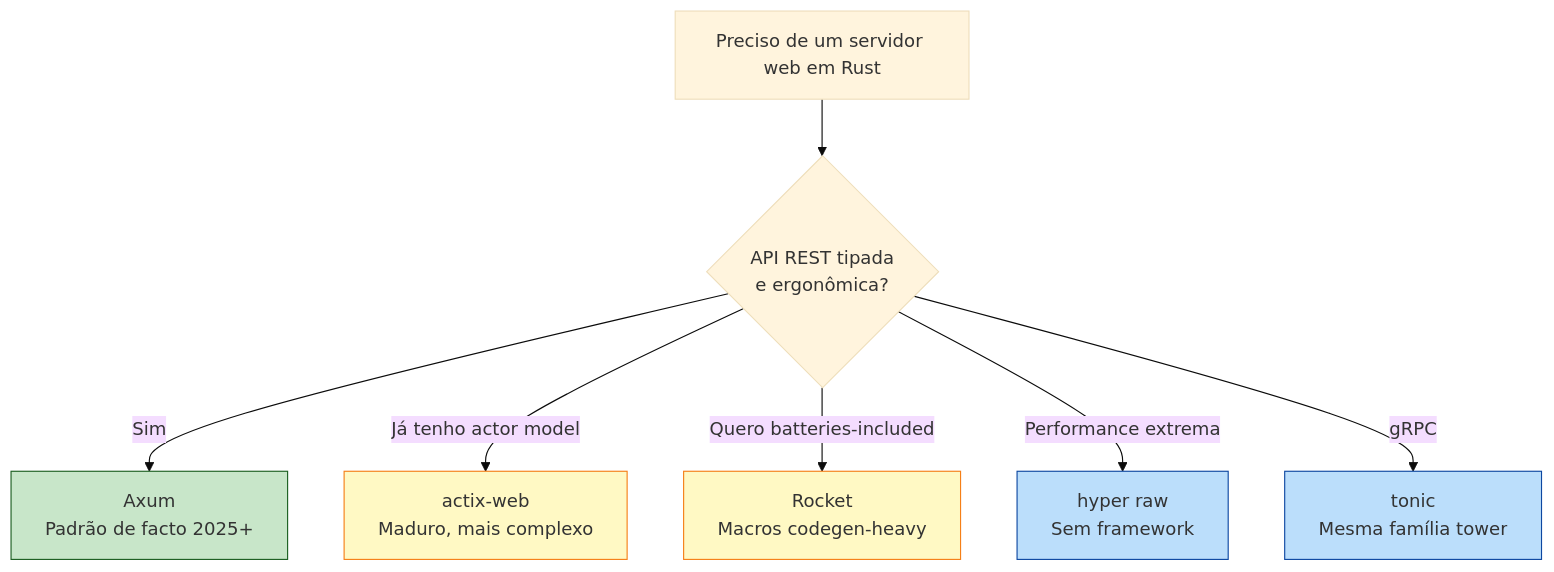
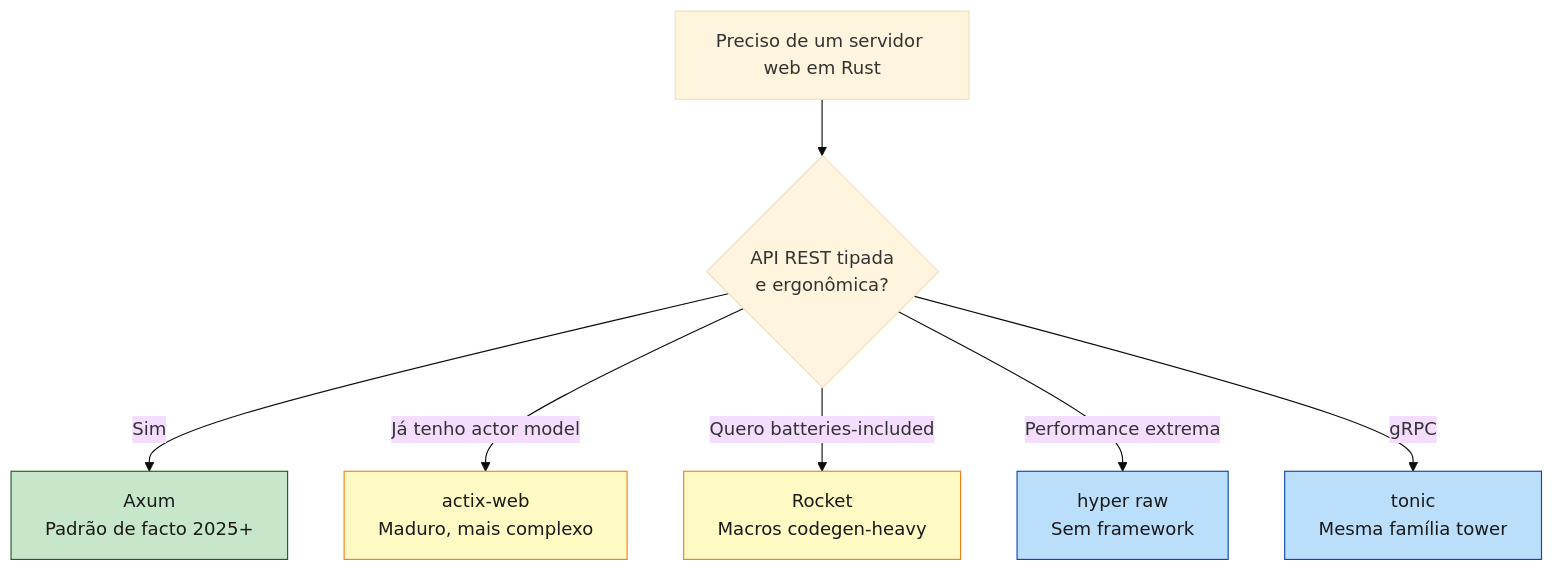
Before and after one commit to Felipeness/ferro-e-espirito: the second of 2 diagrams in book/part-18-applications/ch51-axum.md, drawn with Mermaid (base theme). The commit also changed other lines of this file and 56 other files, not shown here.

First line of the commit message:
fix: contraste de texto em diagramas mermaid

````diff
--- a/book/part-18-applications/ch51-axum.md
+++ b/book/part-18-applications/ch51-axum.md
@@ -834,15 +834,15 @@
 ```mermaid
 graph TB
     Need[Preciso de um servidor web em Rust] --> Q1{API REST tipada<br/>e ergonômica?}
     Q1 -->|Sim| Axum[Axum<br/>Padrão de facto 2025+]
     Q1 -->|Já tenho actor model| Actix[actix-web<br/>Maduro, mais complexo]
     Q1 -->|Quero batteries-included| Rocket[Rocket<br/>Macros codegen-heavy]
     Q1 -->|Performance extrema| Hyper[hyper raw<br/>Sem framework]
     Q1 -->|gRPC| Tonic[tonic<br/>Mesma família tower]
 
-    style Axum fill:#c8e6c9,stroke:#1b5e20
-    style Actix fill:#fff9c4,stroke:#f57f17
-    style Rocket fill:#fff9c4,stroke:#f57f17
-    style Hyper fill:#bbdefb,stroke:#0d47a1
-    style Tonic fill:#bbdefb,stroke:#0d47a1
+    style Axum fill:#c8e6c9,stroke:#1b5e20,color:#1a1a1a
+    style Actix fill:#fff9c4,stroke:#f57f17,color:#1a1a1a
+    style Rocket fill:#fff9c4,stroke:#f57f17,color:#1a1a1a
+    style Hyper fill:#bbdefb,stroke:#0d47a1,color:#1a1a1a
+    style Tonic fill:#bbdefb,stroke:#0d47a1,color:#1a1a1a
 ```
````
